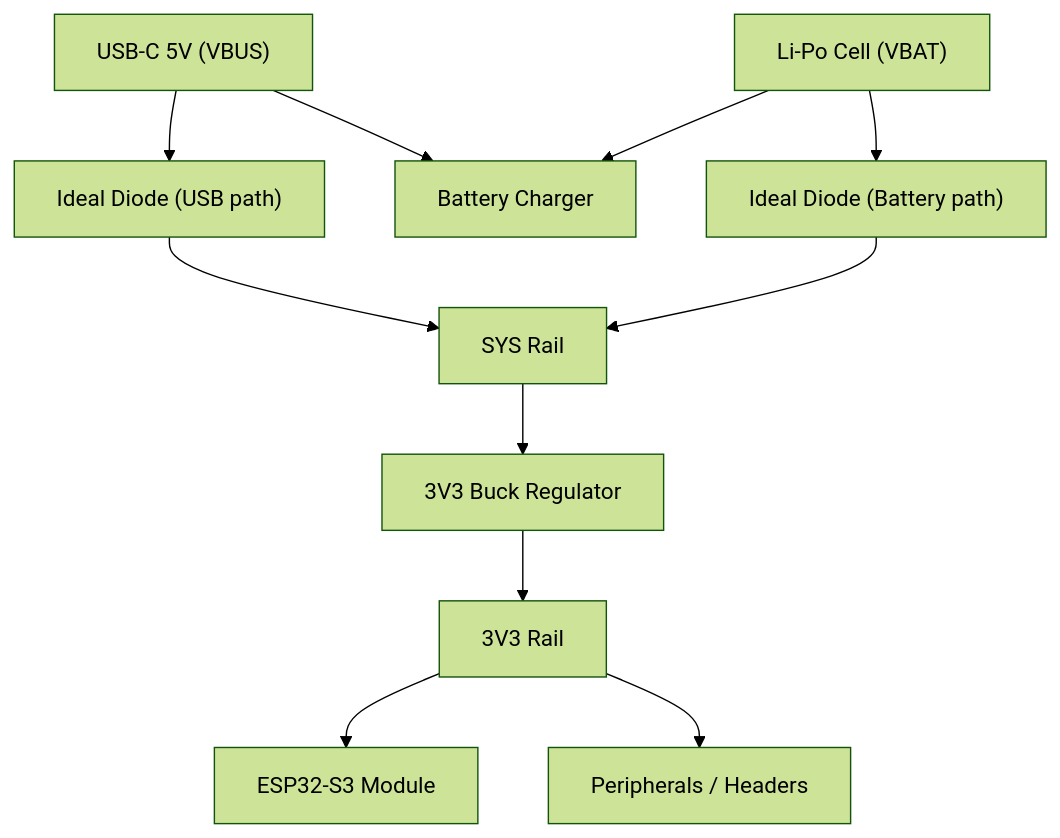
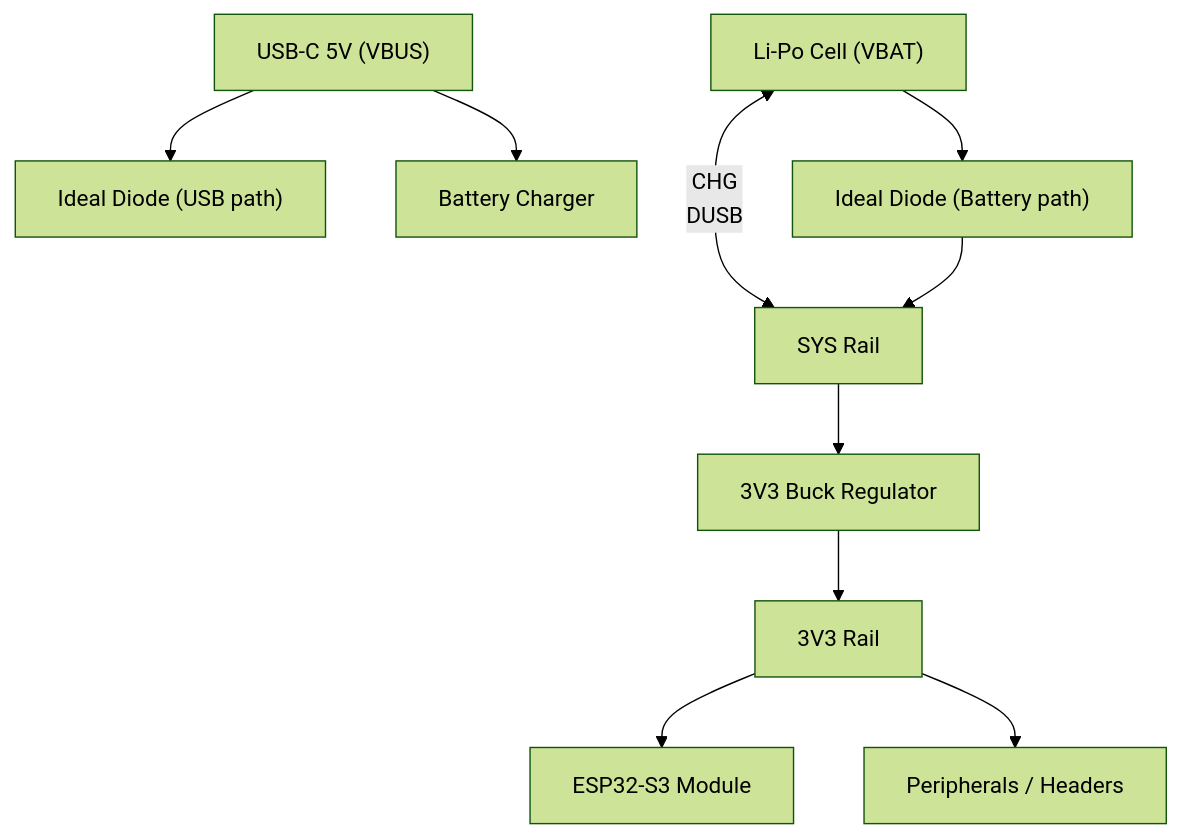
Before and after one commit to Bushido3403/nodifyr: the diagram in docs/boards/nodifyr-s3-devboard/revA/power-tree.md, drawn with Mermaid (forest theme).

````diff
--- a/docs/boards/nodifyr-s3-devboard/revA/power-tree.md
+++ b/docs/boards/nodifyr-s3-devboard/revA/power-tree.md
@@ -1,20 +1,20 @@
 ```mermaid
 flowchart TD
 %% Sources
 USB5V["USB-C 5V (VBUS)"] --> DUSB["Ideal Diode (USB path)"]
 USB5V --> CHG["Battery Charger"]
-VBAT["Li-Po Cell (VBAT)"] --> CHG
+VBAT["Li-Po Cell (VBAT)"] <-- CHG
 
 %% OR-ing into system rail
 DUSB --> SYS["SYS Rail"]
 VBAT --> DBAT["Ideal Diode (Battery path)"]
 DBAT --> SYS
 
 %% Regulation
 SYS --> BUCK["3V3 Buck Regulator"]
 BUCK --> V3V3["3V3 Rail"]
 
 %% Loads
 V3V3 --> MCU["ESP32-S3 Module"]
 V3V3 --> PERIPH["Peripherals / Headers"]
 ```
````
